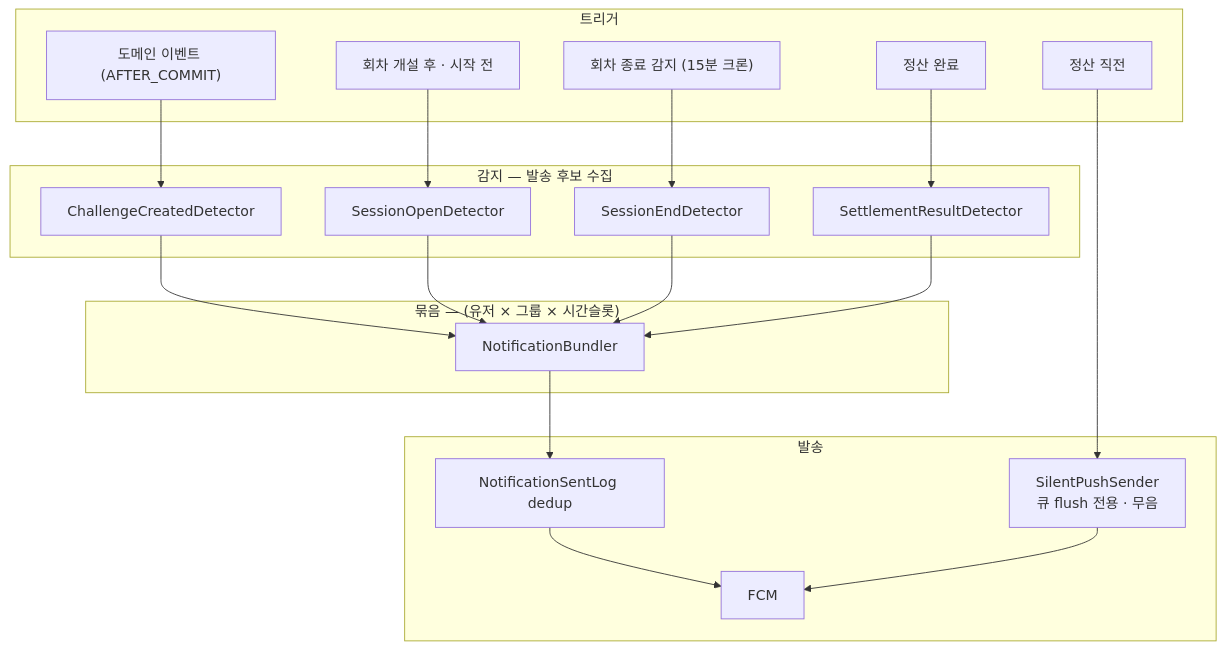
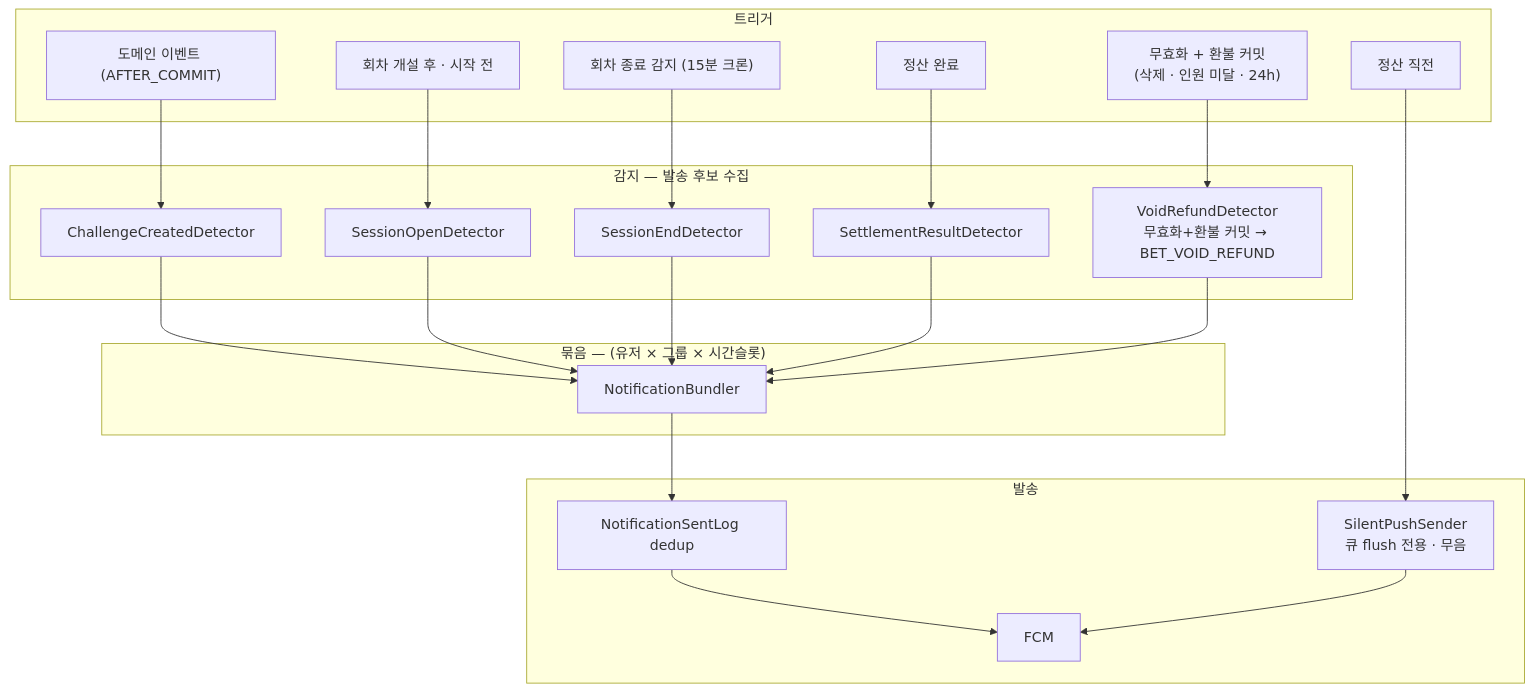
One commit to OneOrThree/phone changed diagram 12 of 13 in docs/prd/challenge/high-level-design.md. Above: the diagram before and after it, drawn with Mermaid. The commit also changed other lines of this file and 4 other files, not shown here.

````diff
--- a/docs/prd/challenge/high-level-design.md
+++ b/docs/prd/challenge/high-level-design.md
@@ -548,31 +548,34 @@
 ```mermaid
 flowchart TB
     subgraph trig["트리거"]
         E["도메인 이벤트 (AFTER_COMMIT)"]
         C1["회차 개설 후 · 시작 전"]
         C2["회차 종료 감지 (15분 크론)"]
         C3["정산 완료"]
         C4["정산 직전"]
+        C5["무효화 + 환불 커밋<br/>(삭제 · 인원 미달 · 24h)"]
     end
     subgraph det["감지 — 발송 후보 수집"]
         D1["ChallengeCreatedDetector"]
         D2["SessionOpenDetector"]
         D3["SessionEndDetector"]
         D4["SettlementResultDetector"]
+        D5["VoidRefundDetector<br/>무효화+환불 커밋 → BET_VOID_REFUND"]
     end
     subgraph agg["묶음 — (유저 × 그룹 × 시간슬롯)"]
         AG["NotificationBundler"]
     end
     subgraph send["발송"]
         DED["NotificationSentLog dedup"]
         FCM["FCM"]
         SIL["SilentPushSender<br/>큐 flush 전용 · 무음"]
     end
 
     E --> D1 --> AG
     C1 --> D2 --> AG
     C2 --> D3 --> AG
     C3 --> D4 --> AG
+    C5 --> D5 --> AG
     AG --> DED --> FCM
     C4 --> SIL --> FCM
 ```
````
